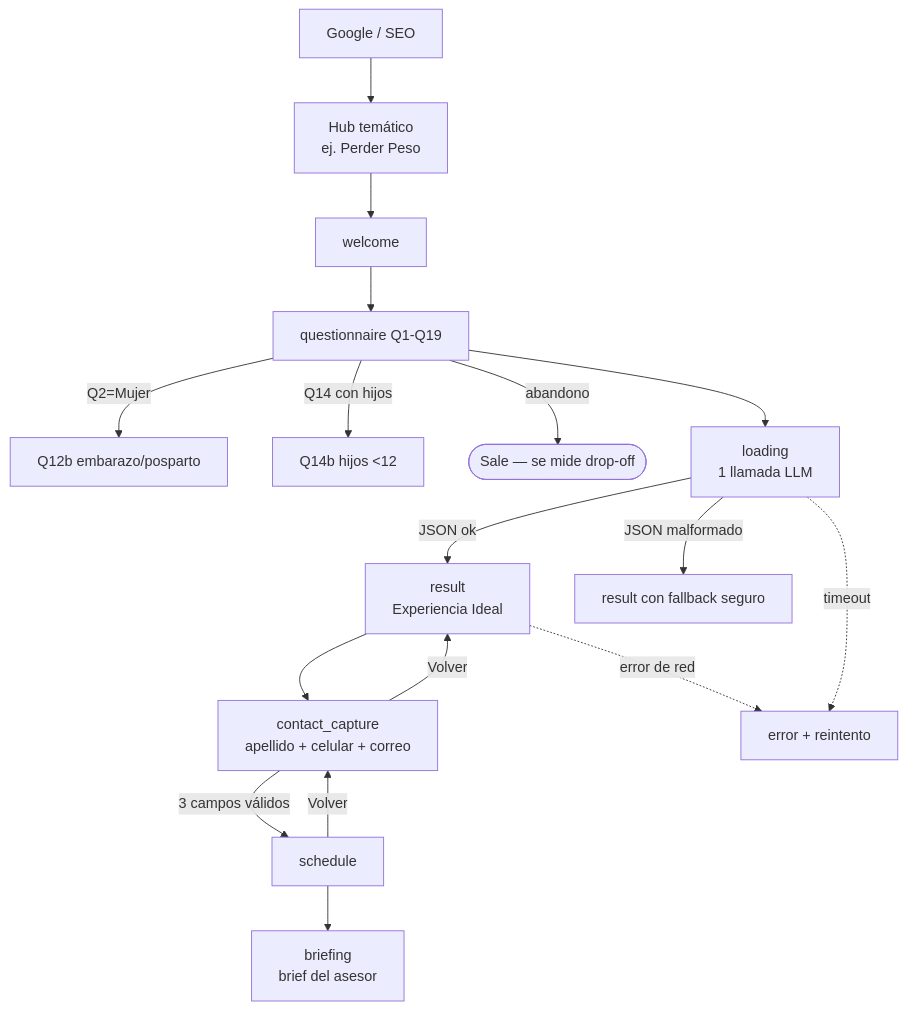
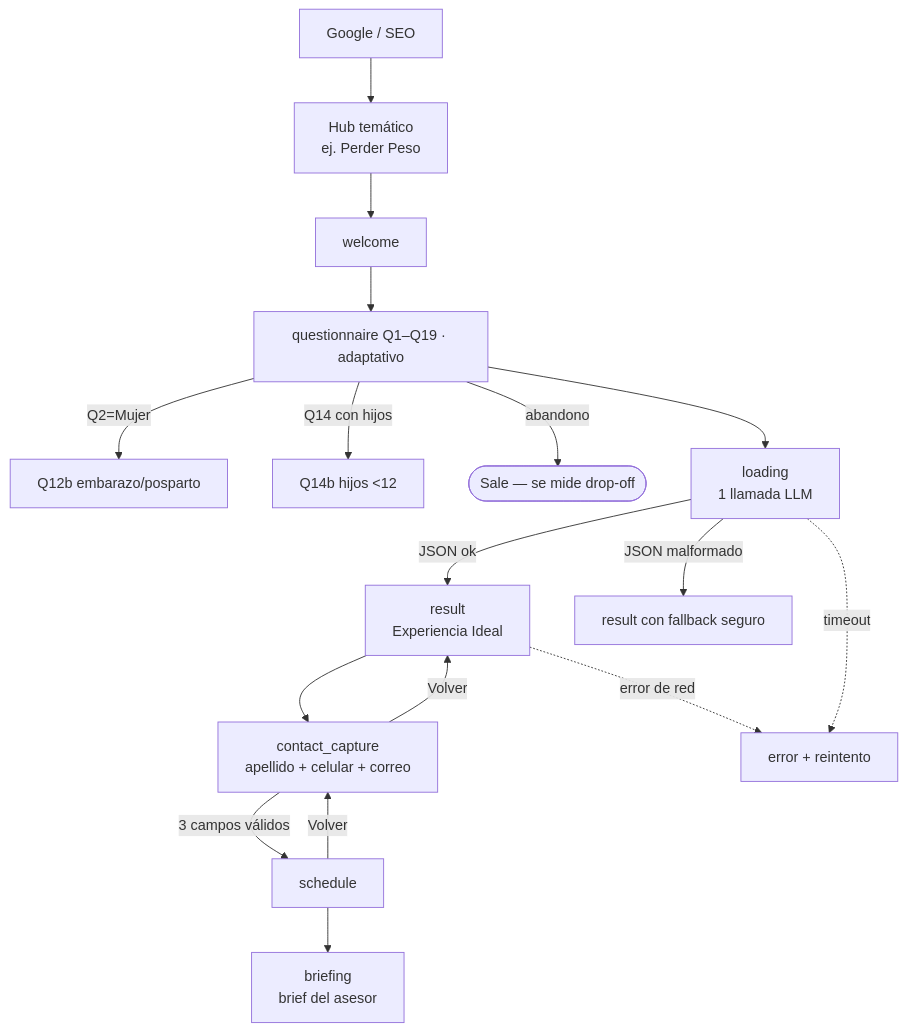
One commit to EricToled/Final-Upgrade-Webpage changed the second of 2 diagrams in resultados/ux-spec-experiencia-ideal.md. Above: the diagram before and after it, drawn with Mermaid. The commit also changed other lines of this file and 1 other file, not shown here.

Commit message:
Audit fixes phase 1 (my own defects): M8 re-extract with merged-cell handling + flag source-corrupted zones; C5.1/C5.2 (questionnaire shown as adaptive, not static 19); C7 (strategic layer -> WCAG 2.2 AA, drop EAA); correct earlier 100%-transfer overclaim

````diff
--- a/resultados/ux-spec-experiencia-ideal.md
+++ b/resultados/ux-spec-experiencia-ideal.md
@@ -92,19 +92,19 @@
 ```mermaid
 flowchart TD
   G[Google / SEO] --> H[Hub temático<br/>ej. Perder Peso]
   H --> W[welcome]
-  W --> Q[questionnaire Q1-Q19]
+  W --> Q[questionnaire Q1–Q19 · adaptativo]
   Q -->|Q2=Mujer| Q12b[Q12b embarazo/posparto]
   Q -->|Q14 con hijos| Q14b[Q14b hijos &lt;12]
   Q -->|abandono| EXIT([Sale — se mide drop-off])
   Q --> L[loading<br/>1 llamada LLM]
   L -->|JSON ok| R[result<br/>Experiencia Ideal]
   L -->|JSON malformado| RF[result con fallback seguro]
   R --> CC[contact_capture<br/>apellido + celular + correo]
   CC -->|Volver| R
   CC -->|3 campos válidos| S[schedule]
   S -->|Volver| CC
   S --> B[briefing<br/>brief del asesor]
   R -.error de red.-> ERR[error + reintento]
   L -.timeout.-> ERR
 ```
````
